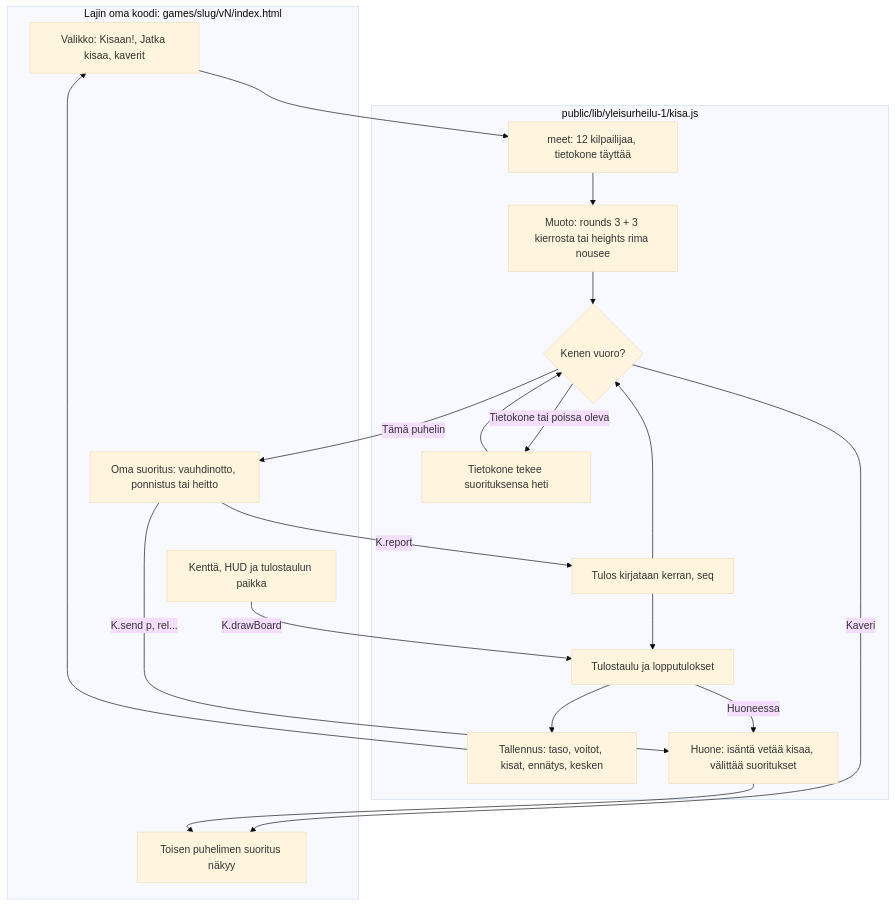
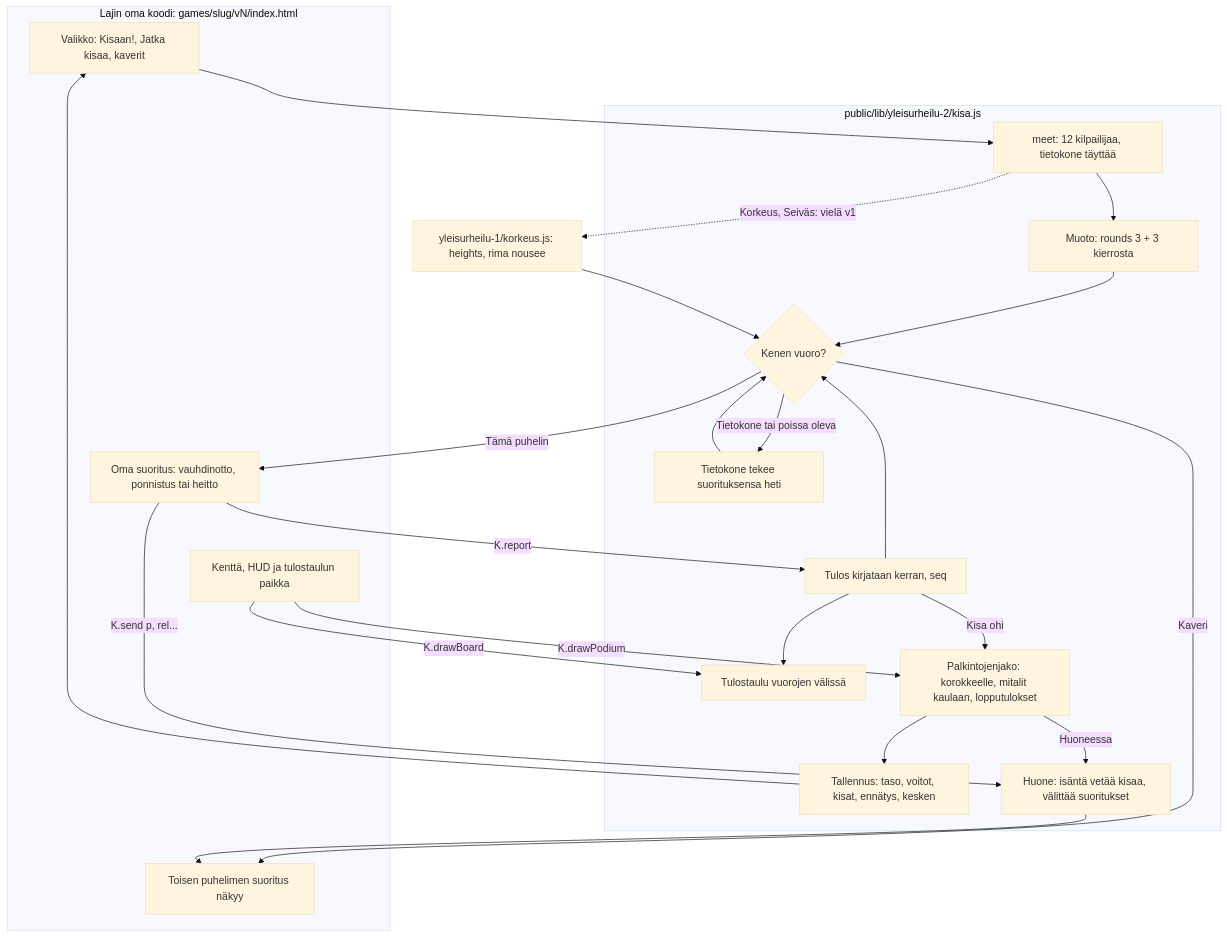
The diagram in docs/diagrams/yleisurheilu-kirjasto.md (eerovil/ai-pelit), drawn with Mermaid (base theme) before and after one commit. The commit also changed other lines of this file and 6 other files, not shown here.

````diff
--- a/docs/diagrams/yleisurheilu-kirjasto.md
+++ b/docs/diagrams/yleisurheilu-kirjasto.md
@@ -9,35 +12,40 @@
 ```mermaid
 flowchart TD
   subgraph Peli[Lajin oma koodi: games/slug/vN/index.html]
     G1[Valikko: Kisaan!, Jatka kisaa, kaverit]
     G2[Oma suoritus: vauhdinotto, ponnistus tai heitto]
     G3[Toisen puhelimen suoritus näkyy]
     G4[Kenttä, HUD ja tulostaulun paikka]
   end
-  subgraph Kirjasto[public/lib/yleisurheilu-1/kisa.js]
+  subgraph Kirjasto[public/lib/yleisurheilu-2/kisa.js]
     K1[meet: 12 kilpailijaa, tietokone täyttää]
-    K2[Muoto: rounds 3 + 3 kierrosta tai heights rima nousee]
+    K2[Muoto: rounds 3 + 3 kierrosta]
     K3{Kenen vuoro?}
     K4[Tietokone tekee suorituksensa heti]
     K5[Tulos kirjataan kerran, seq]
-    K6[Tulostaulu ja lopputulokset]
+    K6[Tulostaulu vuorojen välissä]
+    K9[Palkintojenjako: korokkeelle, mitalit kaulaan, lopputulokset]
     K7[Tallennus: taso, voitot, kisat, ennätys, kesken]
     K8[Huone: isäntä vetää kisaa, välittää suoritukset]
   end
   G1 --> K1 --> K2 --> K3
+  K1 -. Korkeus, Seiväs: vielä v1 .-> H1[yleisurheilu-1/korkeus.js: heights, rima nousee]
+  H1 --> K3
   K3 -- Tietokone tai poissa oleva --> K4 --> K3
   K3 -- Tämä puhelin --> G2
   K3 -- Kaveri --> G3
   G2 -- K.report --> K5
   G2 -- K.send p, rel... --> K8 --> G3
   K5 --> K3
   K5 --> K6
-  K6 --> K7 --> G1
-  K6 -- Huoneessa --> K8
+  K5 -- Kisa ohi --> K9
+  K9 --> K7 --> G1
+  K9 -- Huoneessa --> K8
   G4 -- K.drawBoard --> K6
+  G4 -- K.drawPodium --> K9
   class G1,G2,G4 blue
   class G3,K8 violet
   class K3 amber
-  class K1,K2,K4,K5 teal
-  class K6,K7 green
+  class K1,K2,K4,K5,H1 teal
+  class K6,K7,K9 green
 ```
````
